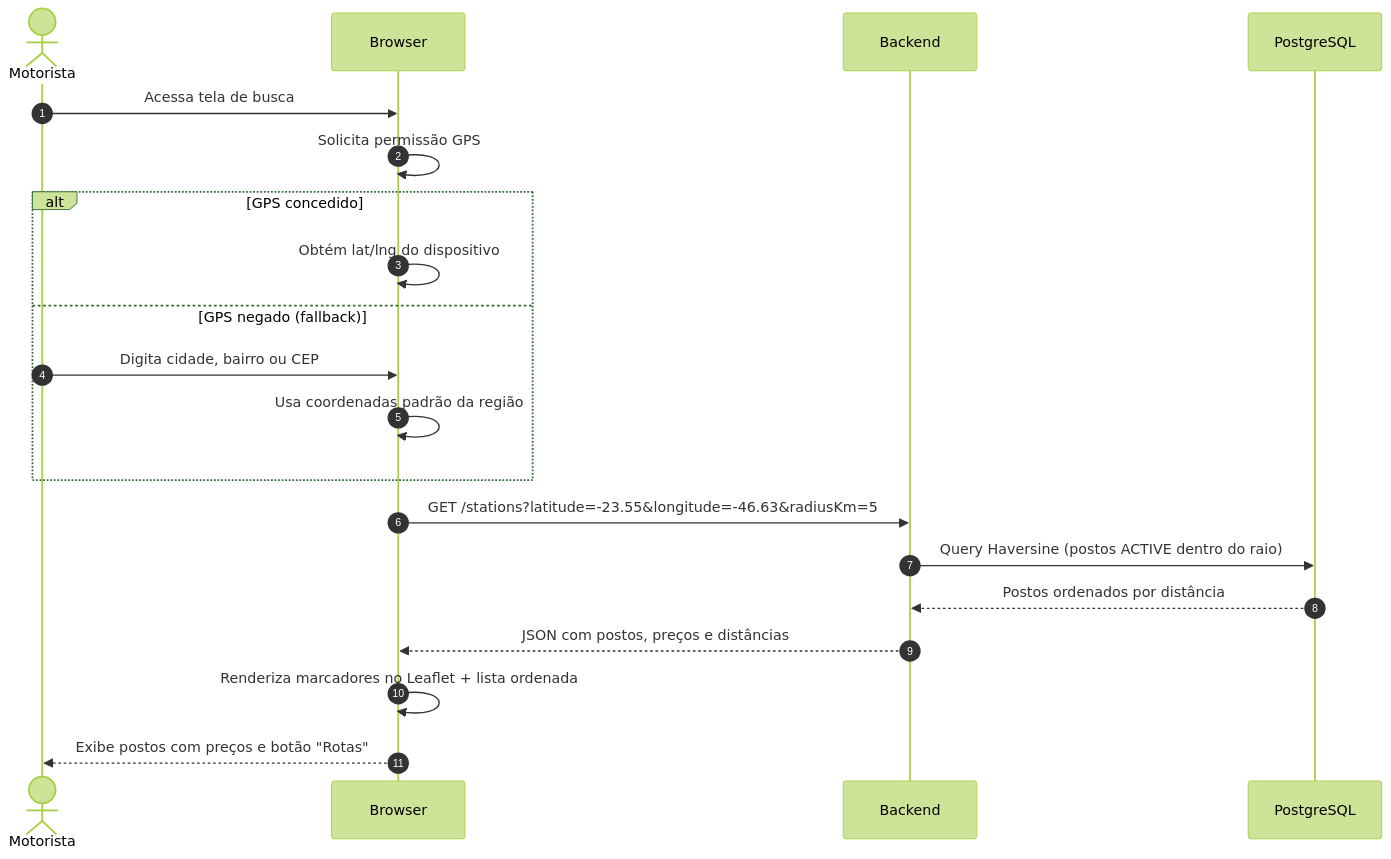
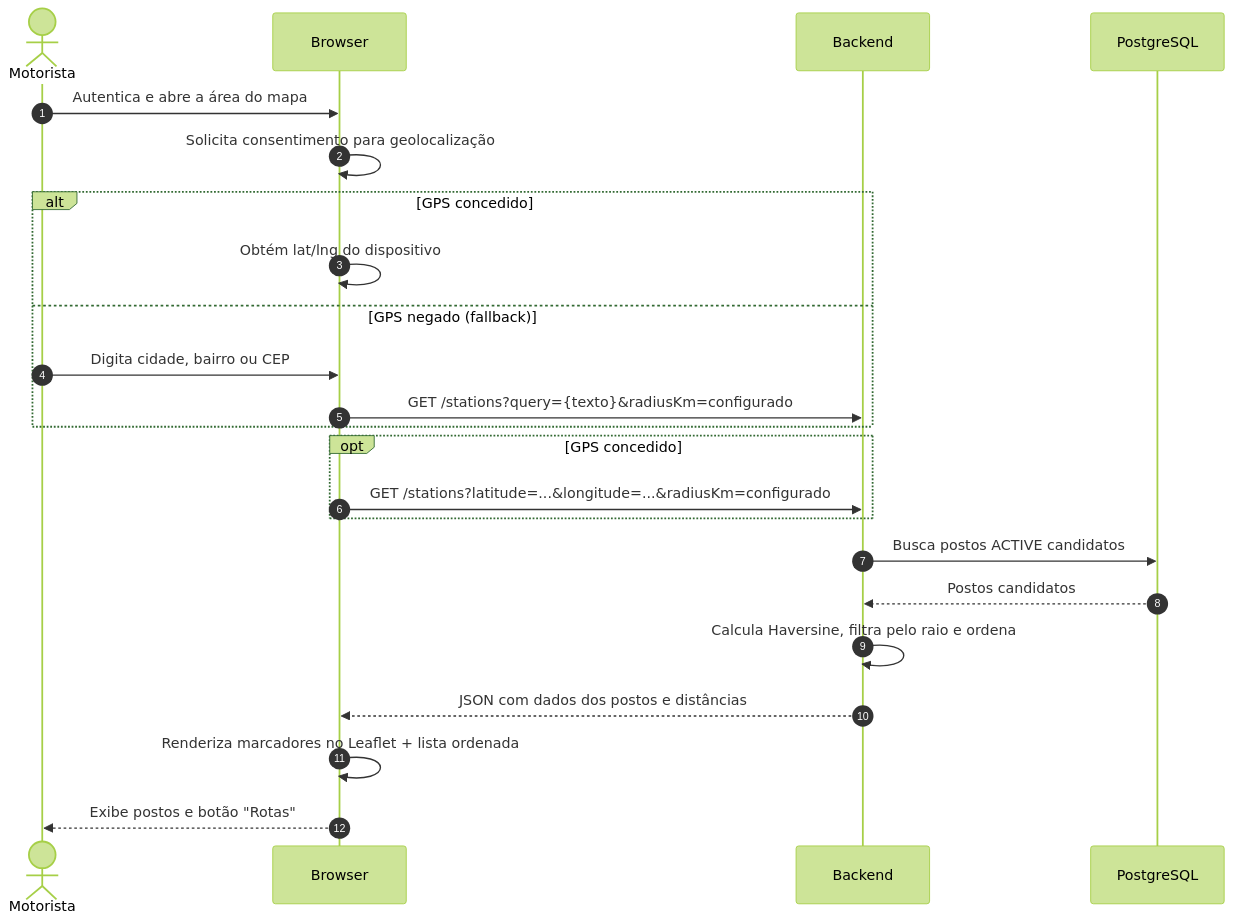
Before and after one commit to fuguharawillian/FuelFinder-: the diagram in Plano/04-postos-geolocalizacao.md, drawn with Mermaid (forest theme). The commit also changed other lines of this file and 201 other files, not shown here.

````diff
--- a/Plano/04-postos-geolocalizacao.md
+++ b/Plano/04-postos-geolocalizacao.md
@@ -260,23 +260,26 @@
 ```mermaid
 sequenceDiagram
     autonumber
     actor M as Motorista
     participant B as Browser
     participant API as Backend
     participant DB as PostgreSQL
 
-    M->>B: Acessa tela de busca
-    B->>B: Solicita permissão GPS
+    M->>B: Autentica e abre a área do mapa
+    B->>B: Solicita consentimento para geolocalização
     alt GPS concedido
         B->>B: Obtém lat/lng do dispositivo
     else GPS negado (fallback)
         M->>B: Digita cidade, bairro ou CEP
-        B->>B: Usa coordenadas padrão da região
+        B->>API: GET /stations?query={texto}&radiusKm=configurado
     end
-    B->>API: GET /stations?latitude=-23.55&longitude=-46.63&radiusKm=5
-    API->>DB: Query Haversine (postos ACTIVE dentro do raio)
-    DB-->>API: Postos ordenados por distância
-    API-->>B: JSON com postos, preços e distâncias
+    opt GPS concedido
+        B->>API: GET /stations?latitude=...&longitude=...&radiusKm=configurado
+    end
+    API->>DB: Busca postos ACTIVE candidatos
+    DB-->>API: Postos candidatos
+    API->>API: Calcula Haversine, filtra pelo raio e ordena
+    API-->>B: JSON com dados dos postos e distâncias
     B->>B: Renderiza marcadores no Leaflet + lista ordenada
-    B-->>M: Exibe postos com preços e botão "Rotas"
+    B-->>M: Exibe postos e botão "Rotas"
 ```
````
